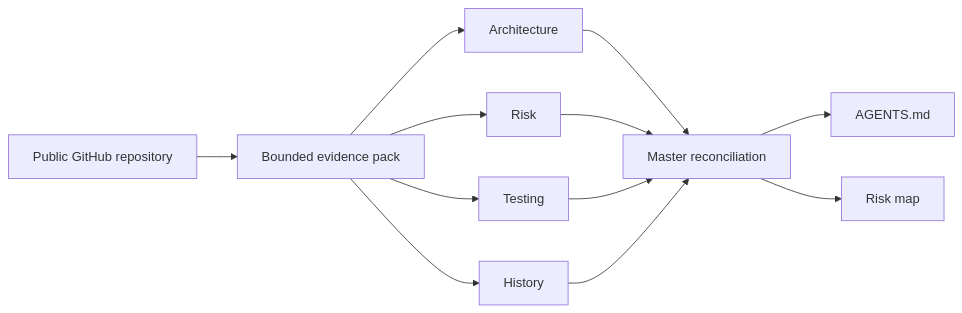
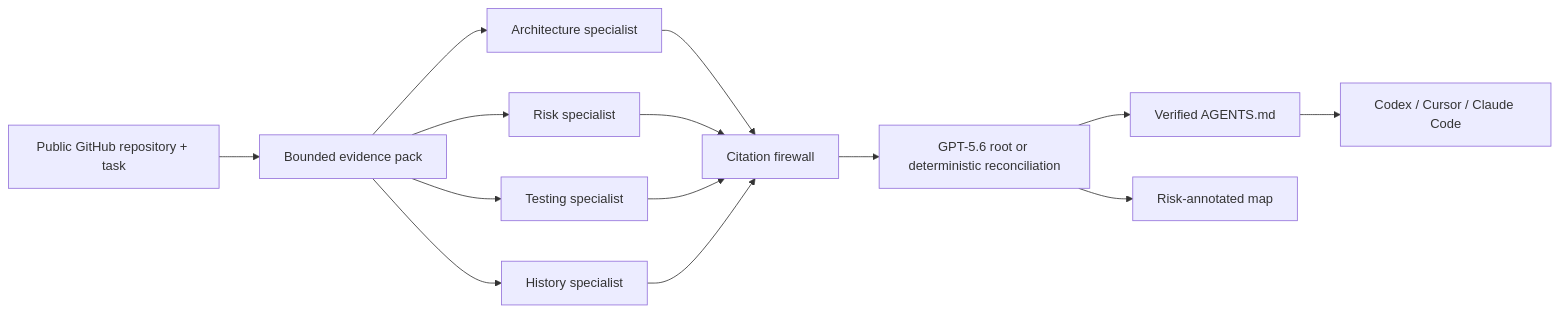
Before and after one commit to Kesav2k04/RepoMind: the diagram in README.md, drawn with Mermaid. The commit also changed other lines of this file and 7 other files, not shown here.

Commit message:
docs: clarify verified GPT preflight

````diff
--- a/README.md
+++ b/README.md
@@ -64,11 +40,13 @@
 ```mermaid
 flowchart LR
-  R[Public GitHub repository] --> E[Bounded evidence pack]
-  E --> A[Architecture]
-  E --> K[Risk]
-  E --> T[Testing]
-  E --> H[History]
-  A & K & T & H --> M[Master reconciliation]
-  M --> G[AGENTS.md]
-  M --> P[Risk map]
+  R[Public GitHub repository + task] --> E[Bounded evidence pack]
+  E --> A[Architecture specialist]
+  E --> K[Risk specialist]
+  E --> T[Testing specialist]
+  E --> H[History specialist]
+  A & K & T & H --> F[Citation firewall]
+  F --> M[GPT-5.6 root or deterministic reconciliation]
+  M --> G[Verified AGENTS.md]
+  M --> P[Risk-annotated map]
+  G --> I[Codex / Cursor / Claude Code]
 ```
````
